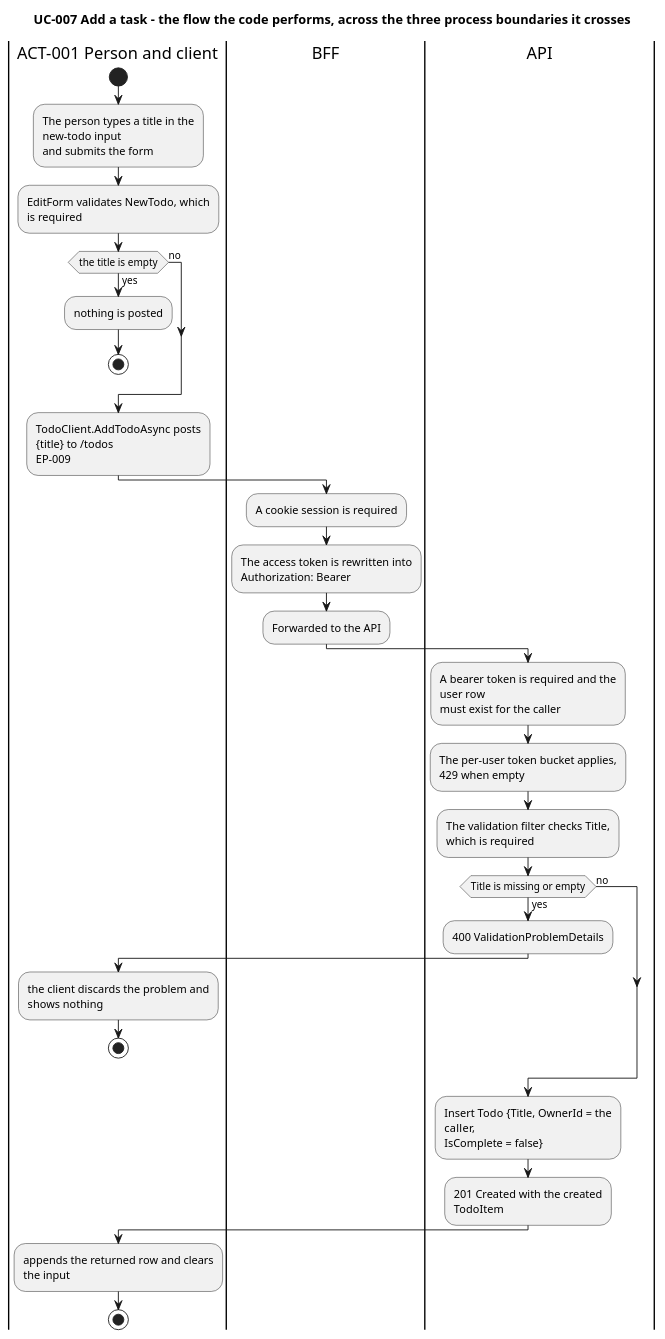
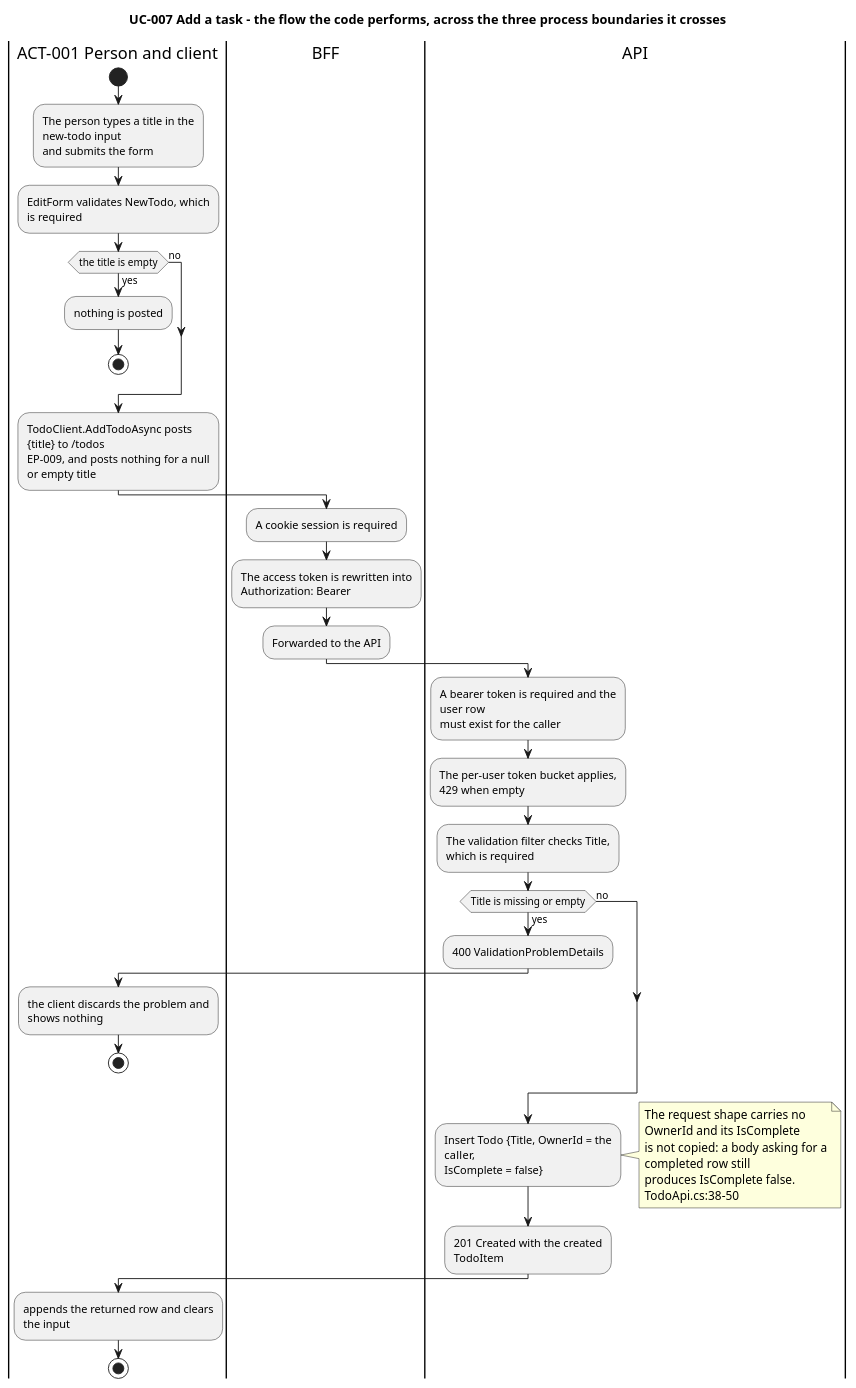
Before and after one commit to banense-test/TodoApp: the sixth of 8 diagrams in docs/artifacts/requirements/use-case-model.md, drawn with PlantUML. The commit also changed other lines of this file, not shown here.

````diff
--- a/docs/artifacts/requirements/use-case-model.md
+++ b/docs/artifacts/requirements/use-case-model.md
@@ -500,47 +602,52 @@
 ```plantuml
 @startuml
 title UC-007 Add a task - the flow the code performs, across the three process boundaries it crosses
 
 skinparam shadowing false
 skinparam wrapWidth 210
 
 |ACT-001 Person and client|
 start
 :The person types a title in the new-todo input
 and submits the form;
 :EditForm validates NewTodo, which is required;
 if (the title is empty) then (yes)
   :nothing is posted;
   stop
 else (no)
 endif
 :TodoClient.AddTodoAsync posts {title} to /todos
-EP-009;
+EP-009, and posts nothing for a null or empty title;
 
 |BFF|
 :A cookie session is required;
 :The access token is rewritten into
 Authorization: Bearer;
 :Forwarded to the API;
 
 |API|
 :A bearer token is required and the user row
 must exist for the caller;
 :The per-user token bucket applies, 429 when empty;
 :The validation filter checks Title, which is required;
 if (Title is missing or empty) then (yes)
   :400 ValidationProblemDetails;
   |ACT-001 Person and client|
   :the client discards the problem and shows nothing;
   stop
 else (no)
 endif
 |API|
 :Insert Todo {Title, OwnerId = the caller,
 IsComplete = false};
+note right
+  The request shape carries no OwnerId and its IsComplete
+  is not copied: a body asking for a completed row still
+  produces IsComplete false. TodoApi.cs:38-50
+end note
 :201 Created with the created TodoItem;
 |ACT-001 Person and client|
 :appends the returned row and clears the input;
 stop
 @enduml
 ```
````
